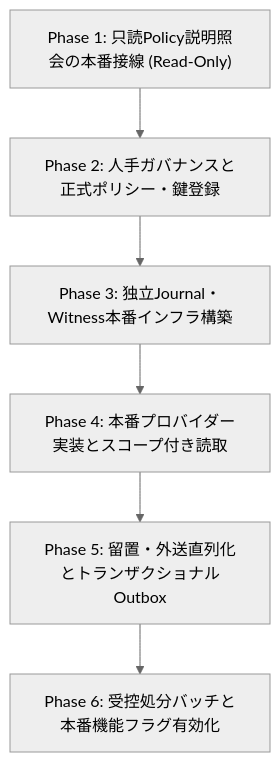
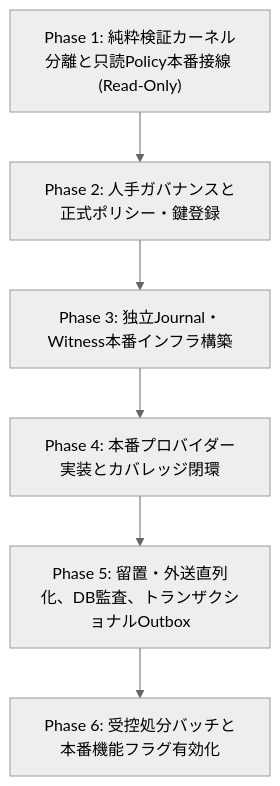
One commit to satoshi2024/ses-manager-pro changed the diagram in .kiro/specs/privacy-retention-dsar/prod-wiring-decision-contract.md. Above: the diagram before and after it, drawn with Mermaid (neutral theme). The commit also changed other lines of this file and 3 other files, not shown here.

````diff
--- a/.kiro/specs/privacy-retention-dsar/prod-wiring-decision-contract.md
+++ b/.kiro/specs/privacy-retention-dsar/prod-wiring-decision-contract.md
@@ -189,8 +226,8 @@
 ```mermaid
 flowchart TD
-    P1["Phase 1: 只読Policy説明照会の本番接線 (Read-Only)"] --> P2["Phase 2: 人手ガバナンスと正式ポリシー・鍵登録"]
+    P1["Phase 1: 純粋検証カーネル分離と只読Policy本番接線 (Read-Only)"] --> P2["Phase 2: 人手ガバナンスと正式ポリシー・鍵登録"]
     P2 --> P3["Phase 3: 独立Journal・Witness本番インフラ構築"]
-    P3 --> P4["Phase 4: 本番プロバイダー実装とスコープ付き読取"]
-    P4 --> P5["Phase 5: 留置・外送直列化とトランザクショナルOutbox"]
+    P3 --> P4["Phase 4: 本番プロバイダー実装とカバレッジ閉環"]
+    P4 --> P5["Phase 5: 留置・外送直列化、DB監査、トランザクショナルOutbox"]
     P5 --> P6["Phase 6: 受控処分バッチと本番機能フラグ有効化"]
 ```
````
